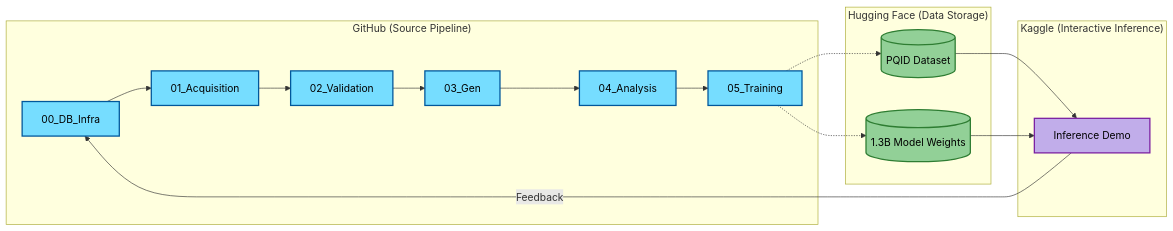
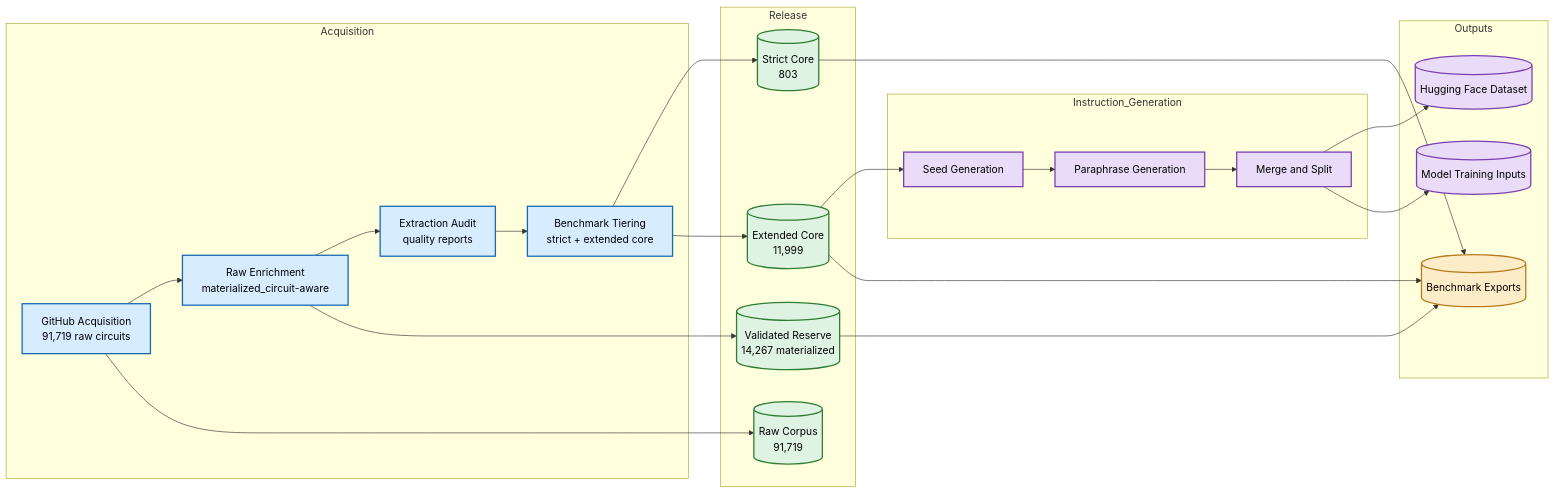
One commit to Elias-Abebe-Gasparini/PQID-Dataset changed the first of 4 diagrams in ARCHITECTURE.mmd. Above: the diagram before and after it, drawn with Mermaid. The commit also changed other lines of this file and 128 other files, not shown here.

````diff
--- a/ARCHITECTURE.mmd
+++ b/ARCHITECTURE.mmd
@@ -3,36 +3,50 @@
 ```mermaid
 graph LR
-%% Class Definitions (Added color:#000000 to force black text)
-    classDef github fill:#76ddff,stroke:#01579b,stroke-width:2px,color:#000000;
-    classDef hf fill:#92d097,stroke:#2e7d32,stroke-width:2px,color:#000000;
-    classDef kaggle fill:#c1adea,stroke:#7b1fa2,stroke-width:2px,color:#000000;
+    classDef infra fill:#d8ecff,stroke:#1668b3,stroke-width:2px,color:#000000;
+    classDef data fill:#dff3e2,stroke:#2f7d32,stroke-width:2px,color:#000000;
+    classDef bench fill:#fdecc8,stroke:#b7791f,stroke-width:2px,color:#000000;
+    classDef train fill:#eadcf8,stroke:#7b3fb0,stroke-width:2px,color:#000000;
 
-    subgraph "GitHub (Source Pipeline)"
-        A[00_DB_Infra] --> B[01_Acquisition]
-        B --> C[02_Validation]
-        C --> D[03_Gen]
-        D --> E[04_Analysis]
-        E --> F[05_Training]
+    subgraph Acquisition
+        A[GitHub Acquisition<br/>91,719 raw circuits]
+        B[Raw Enrichment<br/>materialized_circuit-aware]
+        C[Extraction Audit<br/>quality reports]
+        D[Benchmark Tiering<br/>strict + extended core]
     end
 
-    subgraph "Hugging Face (Data Storage)"
-        G[(PQID Dataset)]
-        H[(1.3B Model Weights)]
+    subgraph Release
+        E[(Strict Core<br/>803)]
+        F[(Extended Core<br/>11,999)]
+        G[(Validated Reserve<br/>14,267 materialized)]
+        H[(Raw Corpus<br/>91,719)]
     end
 
-    subgraph "Kaggle (Interactive Inference)"
-        I[Inference Demo]
+    subgraph Instruction_Generation
+        I[Seed Generation]
+        J[Paraphrase Generation]
+        K[Merge and Split]
     end
 
-    %% Applying Classes
-    class A,B,C,D,E,F github;
-    class G,H hf;
-    class I kaggle;
+    subgraph Outputs
+        L[(Hugging Face Dataset)]
+        M[(Benchmark Exports)]
+        N[(Model Training Inputs)]
+    end
 
-    %% Connections
-    F -.-> G
-    F -.-> H
-    G --> I
-    H --> I
-    I -- Feedback --> A
+    A --> B --> C --> D
+    D --> E
+    D --> F
+    B --> G
+    A --> H
+    F --> I --> J --> K
+    E --> M
+    F --> M
+    G --> M
+    K --> L
+    K --> N
+
+    class A,B,C,D infra;
+    class E,F,G,H data;
+    class M bench;
+    class I,J,K,L,N train;
 ```
````
